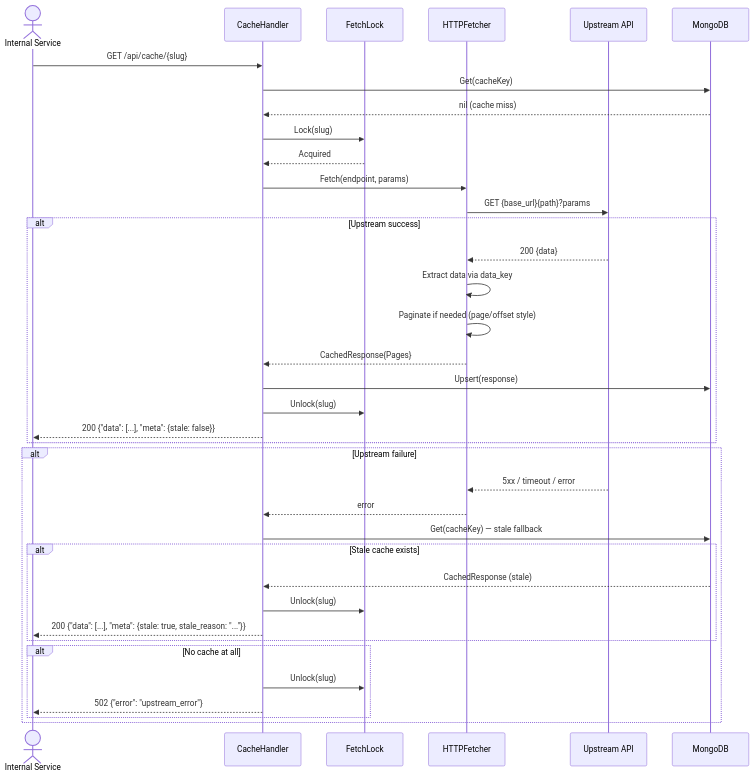
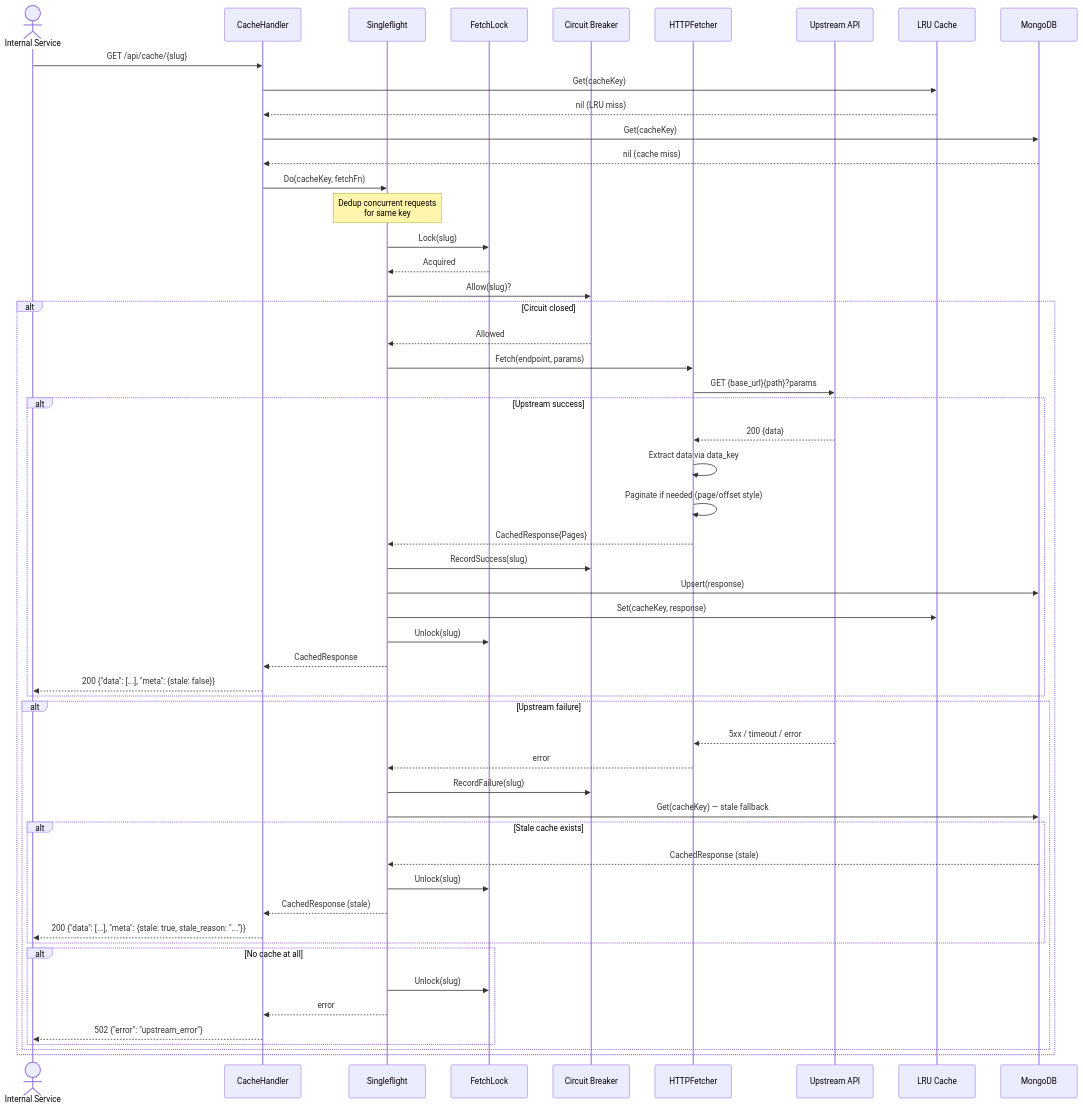
Before and after one commit to finish06/cash-drugs: the second of 13 diagrams in docs/sequence-diagram.md, drawn with Mermaid. The commit also changed other lines of this file and 1 other file, not shown here.

First line of the commit message:
docs: update sequence diagrams and CLAUDE.md for M9 features

````diff
--- a/docs/sequence-diagram.md
+++ b/docs/sequence-diagram.md
@@ -23,44 +35,62 @@
 ```mermaid
 sequenceDiagram
     actor Client as Internal Service
     participant CH as CacheHandler
+    participant SF as Singleflight
     participant FL as FetchLock
+    participant CB as Circuit Breaker
     participant UF as HTTPFetcher
     participant API as Upstream API
+    participant LRU as LRU Cache
     participant DB as MongoDB
 
     Client->>CH: GET /api/cache/{slug}
+    CH->>LRU: Get(cacheKey)
+    LRU-->>CH: nil (LRU miss)
     CH->>DB: Get(cacheKey)
     DB-->>CH: nil (cache miss)
 
-    CH->>FL: Lock(slug)
-    FL-->>CH: Acquired
+    CH->>SF: Do(cacheKey, fetchFn)
+    Note over SF: Dedup concurrent requests<br/>for same key
 
-    CH->>UF: Fetch(endpoint, params)
-    UF->>API: GET {base_url}{path}?params
+    SF->>FL: Lock(slug)
+    FL-->>SF: Acquired
 
-    alt Upstream success
-        API-->>UF: 200 {data}
-        UF->>UF: Extract data via data_key
-        UF->>UF: Paginate if needed (page/offset style)
-        UF-->>CH: CachedResponse{Pages}
-        CH->>DB: Upsert(response)
-        CH->>FL: Unlock(slug)
-        CH-->>Client: 200 {"data": [...], "meta": {stale: false}}
-    end
+    SF->>CB: Allow(slug)?
+    alt Circuit closed
+        CB-->>SF: Allowed
+        SF->>UF: Fetch(endpoint, params)
+        UF->>API: GET {base_url}{path}?params
 
-    alt Upstream failure
-        API-->>UF: 5xx / timeout / error
-        UF-->>CH: error
-        CH->>DB: Get(cacheKey) — stale fallback
-        alt Stale cache exists
-            DB-->>CH: CachedResponse (stale)
-            CH->>FL: Unlock(slug)
-            CH-->>Client: 200 {"data": [...], "meta": {stale: true, stale_reason: "..."}}
+        alt Upstream success
+            API-->>UF: 200 {data}
+            UF->>UF: Extract data via data_key
+            UF->>UF: Paginate if needed (page/offset style)
+            UF-->>SF: CachedResponse{Pages}
+            SF->>CB: RecordSuccess(slug)
+            SF->>DB: Upsert(response)
+            SF->>LRU: Set(cacheKey, response)
+            SF->>FL: Unlock(slug)
+            SF-->>CH: CachedResponse
+            CH-->>Client: 200 {"data": [...], "meta": {stale: false}}
         end
-        alt No cache at all
-            CH->>FL: Unlock(slug)
-            CH-->>Client: 502 {"error": "upstream_error"}
+
+        alt Upstream failure
+            API-->>UF: 5xx / timeout / error
+            UF-->>SF: error
+            SF->>CB: RecordFailure(slug)
+            SF->>DB: Get(cacheKey) — stale fallback
+            alt Stale cache exists
+                DB-->>SF: CachedResponse (stale)
+                SF->>FL: Unlock(slug)
+                SF-->>CH: CachedResponse (stale)
+                CH-->>Client: 200 {"data": [...], "meta": {stale: true, stale_reason: "..."}}
+            end
+            alt No cache at all
+                SF->>FL: Unlock(slug)
+                SF-->>CH: error
+                CH-->>Client: 502 {"error": "upstream_error"}
+            end
         end
     end
 ```
````
